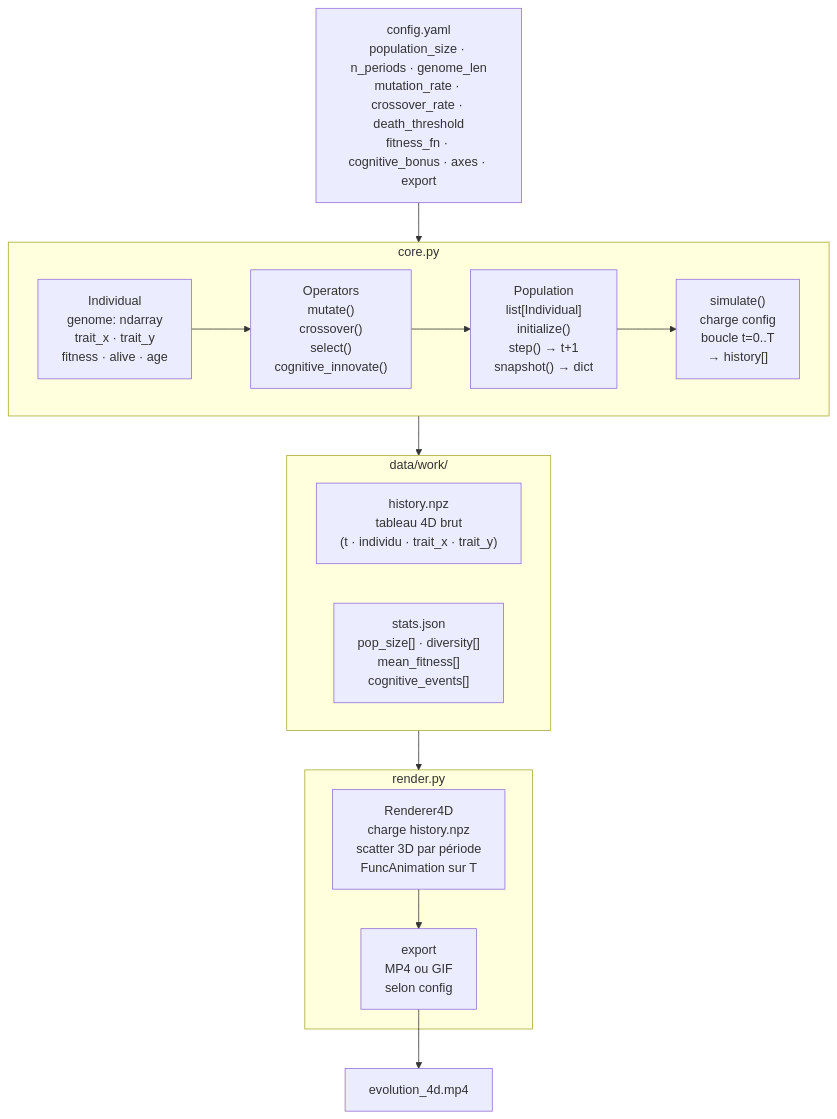
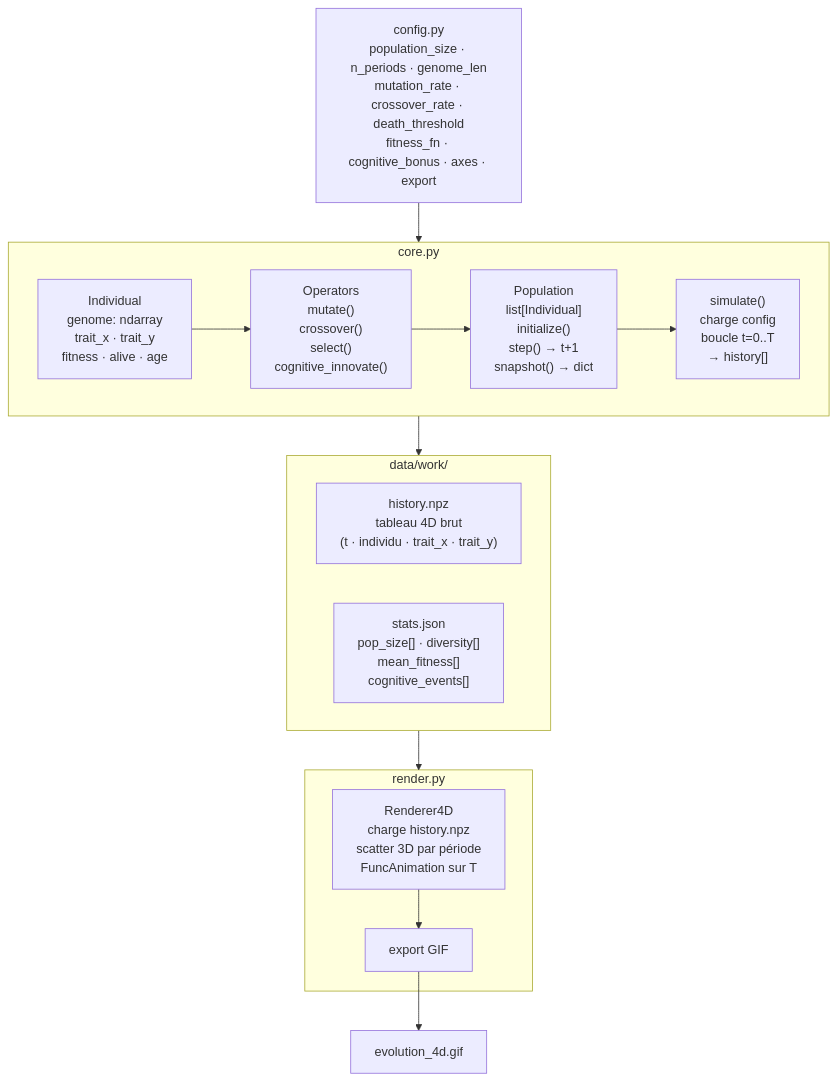
One commit to amauryvtm/Natural-selection changed the diagram in README.md. Above: the diagram before and after it, drawn with Mermaid. The commit also changed other lines of this file, not shown here.

Commit message:
actualisation du README suite à suppression .mp4 pour .gif, etc

````diff
--- a/README.md
+++ b/README.md
@@ -44,32 +41,32 @@
 ```mermaid
 flowchart TD
-    CFG["config.yaml\npopulation_size · n_periods · genome_len\nmutation_rate · crossover_rate · death_threshold\nfitness_fn · cognitive_bonus · axes · export"]
+    CFG["config.py\npopulation_size · n_periods · genome_len\nmutation_rate · crossover_rate · death_threshold\nfitness_fn · cognitive_bonus · axes · export"]
 
     CFG --> CORE
 
     subgraph CORE["core.py"]
         direction LR
         IND["Individual\ngenome: ndarray\ntrait_x · trait_y\nfitness · alive · age"]
         OPS["Operators\nmutate()\ncrossover()\nselect()\ncognitive_innovate()"]
         POP["Population\nlist[Individual]\ninitialize()\nstep() → t+1\nsnapshot() → dict"]
         SIM["simulate()\ncharge config\nboucle t=0..T\n→ history[]"]
         IND --> OPS --> POP --> SIM
     end
 
     SIM --> WORK
 
     subgraph WORK["data/work/"]
         NPZ["history.npz\ntableau 4D brut\n(t · individu · trait_x · trait_y)"]
         JSON["stats.json\npop_size[] · diversity[]\nmean_fitness[]\ncognitive_events[]"]
     end
 
     WORK --> RENDER
 
     subgraph RENDER["render.py"]
         R4D["Renderer4D\ncharge history.npz\nscatter 3D par période\nFuncAnimation sur T"]
-        EXP["export\nMP4 ou GIF\nselon config"]
+        EXP["export GIF"]
         R4D --> EXP
     end
 
-    EXP --> OUT["evolution_4d.mp4"]
+    EXP --> OUT["evolution_4d.gif"]
 ```
````
